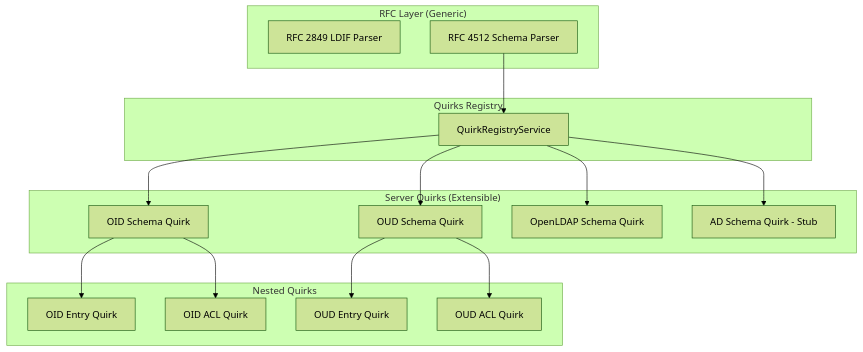
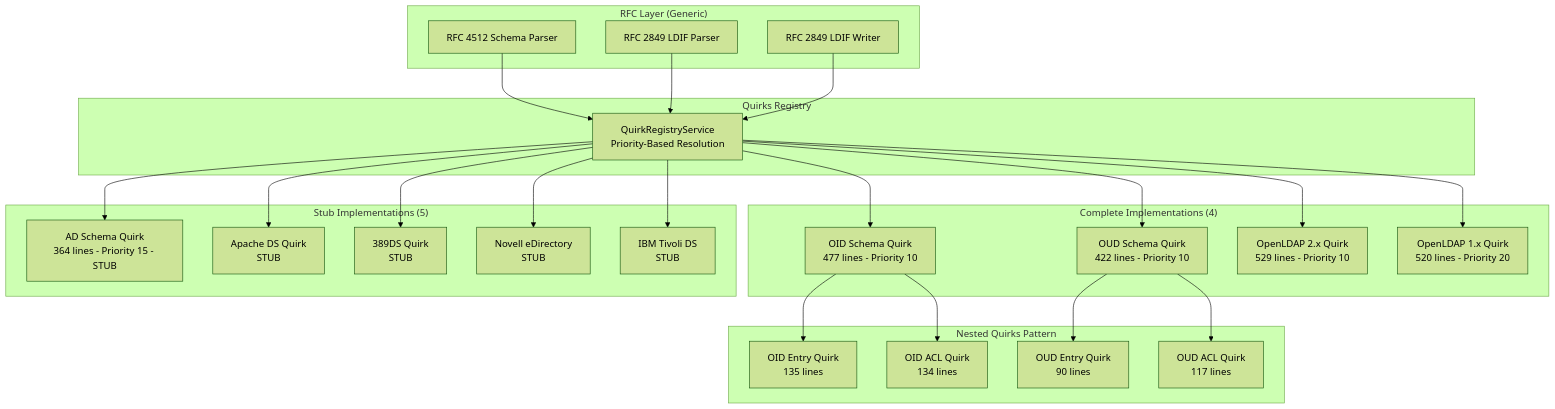
One commit to flext-sh/flext-ldif changed the third of 4 diagrams in docs/architecture.md. Above: the diagram before and after it, drawn with Mermaid (forest theme). The commit also changed other lines of this file and 2 other files, not shown here.

First line of the commit message:
docs(flext-ldif): Complete RFC-first architecture documentation and bug fix

````diff
--- a/docs/architecture.md
+++ b/docs/architecture.md
@@ -466,36 +620,53 @@
 ```mermaid
 graph TB
     subgraph "RFC Layer (Generic)"
         RfcLdifParser[RFC 2849 LDIF Parser]
         RfcSchemaParser[RFC 4512 Schema Parser]
+        RfcLdifWriter[RFC 2849 LDIF Writer]
     end
 
     subgraph "Quirks Registry"
-        Registry[QuirkRegistryService]
+        Registry[QuirkRegistryService<br/>Priority-Based Resolution]
     end
 
-    subgraph "Server Quirks (Extensible)"
-        OIDQuirk[OID Schema Quirk]
-        OUDQuirk[OUD Schema Quirk]
-        OpenLDAPQuirk[OpenLDAP Schema Quirk]
-        ADQuirk[AD Schema Quirk - Stub]
+    subgraph "Complete Implementations (4)"
+        OIDQuirk[OID Schema Quirk<br/>477 lines - Priority 10]
+        OUDQuirk[OUD Schema Quirk<br/>422 lines - Priority 10]
+        OpenLDAP2Quirk[OpenLDAP 2.x Quirk<br/>529 lines - Priority 10]
+        OpenLDAP1Quirk[OpenLDAP 1.x Quirk<br/>520 lines - Priority 20]
     end
 
-    subgraph "Nested Quirks"
-        OIDEntry[OID Entry Quirk]
-        OIDAcl[OID ACL Quirk]
-        OUDEntry[OUD Entry Quirk]
-        OUDAcl[OUD ACL Quirk]
+    subgraph "Stub Implementations (5)"
+        ADQuirk[AD Schema Quirk<br/>364 lines - Priority 15 - STUB]
+        ApacheQuirk[Apache DS Quirk<br/>STUB]
+        DS389Quirk[389DS Quirk<br/>STUB]
+        NovellQuirk[Novell eDirectory<br/>STUB]
+        TivoliQuirk[IBM Tivoli DS<br/>STUB]
+    end
+
+    subgraph "Nested Quirks Pattern"
+        OIDEntry[OID Entry Quirk<br/>135 lines]
+        OIDAcl[OID ACL Quirk<br/>134 lines]
+        OUDEntry[OUD Entry Quirk<br/>90 lines]
+        OUDAcl[OUD ACL Quirk<br/>117 lines]
     end
 
     RfcSchemaParser --> Registry
+    RfcLdifParser --> Registry
+    RfcLdifWriter --> Registry
+
     Registry --> OIDQuirk
     Registry --> OUDQuirk
-    Registry --> OpenLDAPQuirk
+    Registry --> OpenLDAP2Quirk
+    Registry --> OpenLDAP1Quirk
     Registry --> ADQuirk
+    Registry --> ApacheQuirk
+    Registry --> DS389Quirk
+    Registry --> NovellQuirk
+    Registry --> TivoliQuirk
 
     OIDQuirk --> OIDEntry
     OIDQuirk --> OIDAcl
     OUDQuirk --> OUDEntry
     OUDQuirk --> OUDAcl
 ```
````
